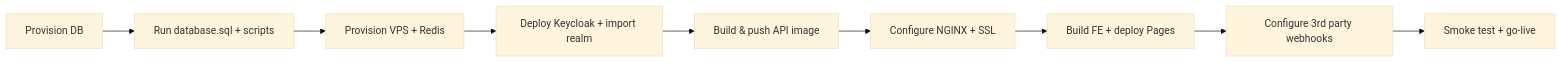
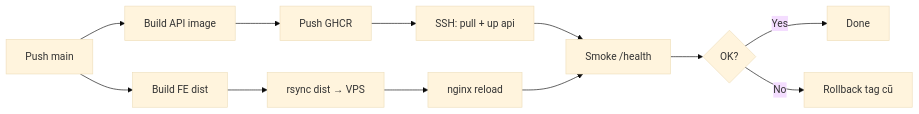
One commit to HuynhVanMinhz/aidr changed the diagram in docs/solution-production-deployment.md. Above: the diagram before and after it, drawn with Mermaid (base theme). The commit also changed other lines of this file and 18 other files, not shown here.

````diff
--- a/docs/solution-production-deployment.md
+++ b/docs/solution-production-deployment.md
@@ -659,11 +1243,14 @@
 ```mermaid
 flowchart LR
-    A[Provision DB] --> B[Run database.sql + scripts]
-    B --> C[Provision VPS + Redis]
-    C --> D[Deploy Keycloak + import realm]
-    D --> E[Build & push API image]
-    E --> F[Configure NGINX + SSL]
-    F --> G[Build FE + deploy Pages]
-    G --> H[Configure 3rd party webhooks]
-    H --> I[Smoke test + go-live]
+    A[Push main] --> B[Build API image]
+    A --> C[Build FE dist]
+    B --> D[Push GHCR]
+    D --> E[SSH: pull + up api]
+    C --> F[rsync dist → VPS]
+    F --> G[nginx reload]
+    E --> H[Smoke /health]
+    G --> H
+    H --> I{OK?}
+    I -->|Yes| J[Done]
+    I -->|No| K[Rollback tag cũ]
 ```
````
